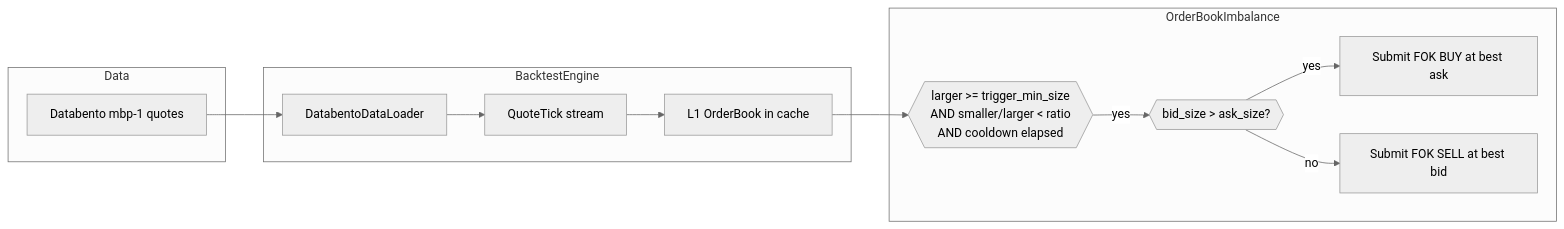
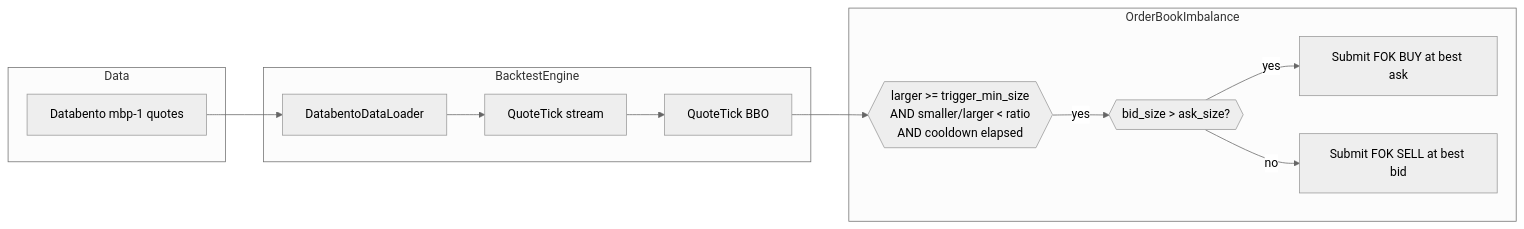
One commit to nautechsystems/nautilus_trader changed the diagram in docs/tutorials/gold_book_imbalance_ax.md. Above: the diagram before and after it, drawn with Mermaid (neutral theme). The commit also changed other lines of this file and 20 other files, not shown here.

````diff
--- a/docs/tutorials/gold_book_imbalance_ax.md
+++ b/docs/tutorials/gold_book_imbalance_ax.md
@@ -23,25 +23,25 @@
 ```mermaid
 flowchart LR
     subgraph Inputs ["Data"]
         D["Databento mbp-1 quotes"]
     end
 
     subgraph Engine ["BacktestEngine"]
         L["DatabentoDataLoader"]
         Q["QuoteTick stream"]
-        B["L1 OrderBook in cache"]
+        B["QuoteTick BBO"]
     end
 
     subgraph Strategy ["OrderBookImbalance"]
         R{{"larger >= trigger_min_size<br/>AND smaller/larger < ratio<br/>AND cooldown elapsed"}}
         D2{{"bid_size > ask_size?"}}
         BUY["Submit FOK BUY at best ask"]
         SELL["Submit FOK SELL at best bid"]
     end
 
     D --> L --> Q --> B
     B --> R
     R -->|yes| D2
     D2 -->|yes| BUY
     D2 -->|no| SELL
 ```
````
